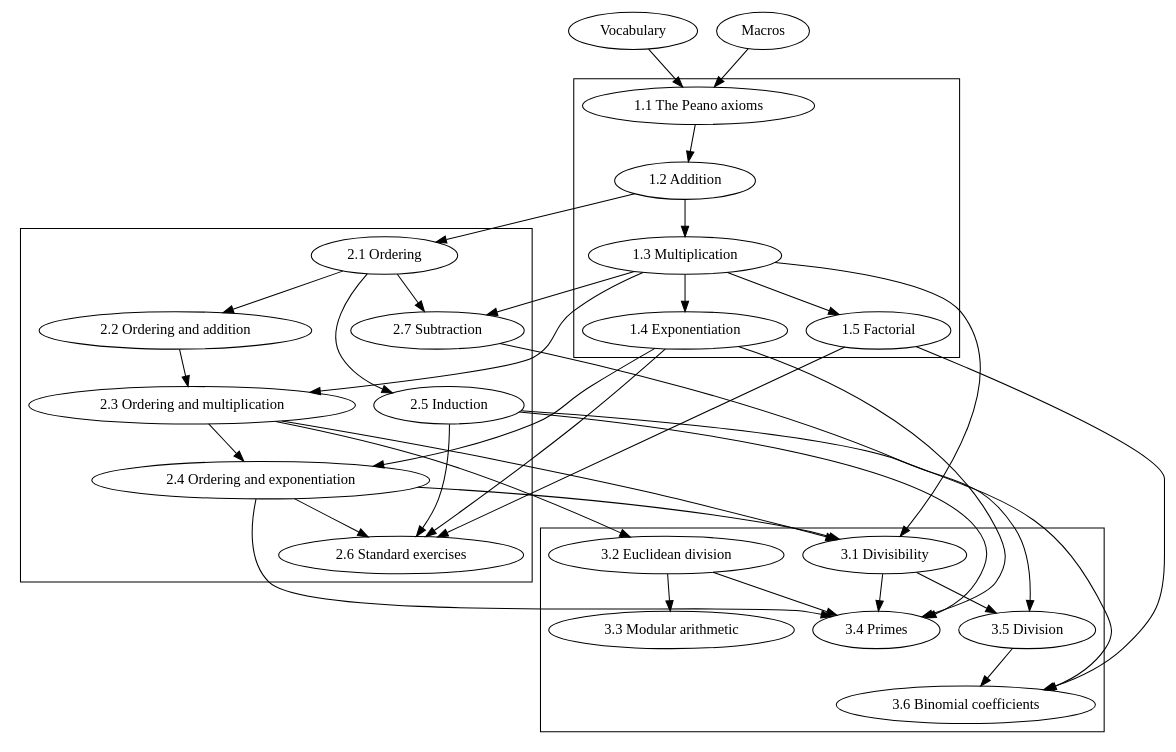
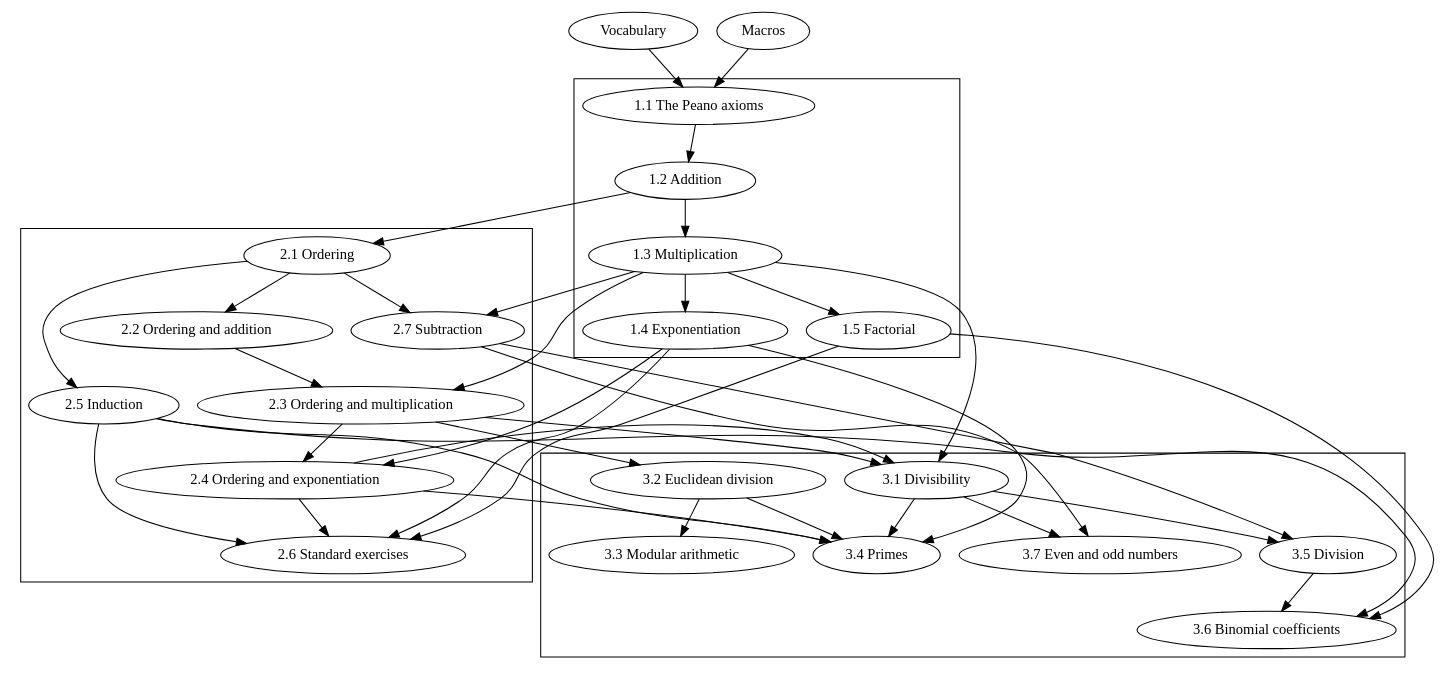
One commit to naproche/naproche changed the diagram in examples/arithmetic/dependency-graph/graph.dot. Above: the diagram before and after it, drawn with Graphviz. The commit also changed 5 other files, not shown here.

Commit message:
Add section about even and odd numbers in arithmetic library

```diff
--- a/examples/arithmetic/dependency-graph/graph.dot
+++ b/examples/arithmetic/dependency-graph/graph.dot
@@ -1,52 +1,54 @@
 digraph Sections {
   vocab [label = "Vocabulary"]
   macros [label = "Macros"]
 
   subgraph cluster_1 {
     arith_01 [label = "1.1 The Peano axioms"]
     arith_02 [label = "1.2 Addition"]
     arith_03 [label = "1.3 Multiplication"]
     arith_04 [label = "1.4 Exponentiation"]
     arith_05 [label = "1.5 Factorial"]
   }
 
   subgraph cluster_2 {
     ord_01 [label = "2.1 Ordering"]
     ord_02 [label = "2.2 Ordering and addition"]
     ord_03 [label = "2.3 Ordering and multiplication"]
     ord_04 [label = "2.4 Ordering and exponentiation"]
     ord_05 [label = "2.5 Induction"]
     ord_06 [label = "2.6 Standard exercises"]
     ord_07 [label = "2.7 Subtraction"]
   }
 
   subgraph cluster_3 {
     div_01 [label = "3.1 Divisibility"]
     div_02 [label = "3.2 Euclidean division"]
     div_03 [label = "3.3 Modular arithmetic"]
     div_04 [label = "3.4 Primes"]
     div_05 [label = "3.5 Division"]
     div_06 [label = "3.6 Binomial coefficients"]
+    div_07 [label = "3.7 Even and odd numbers"]
   }
 
   /* 1.1 */ vocab, macros                             -> arith_01
   /* 1.2 */ arith_01                                  -> arith_02
   /* 1.3 */ arith_02                                  -> arith_03
   /* 1.4 */ arith_03                                  -> arith_04
   /* 1.5 */ arith_03                                  -> arith_05
 
   /* 2.1 */ arith_02                                  -> ord_01
   /* 2.2 */ ord_01                                    -> ord_02
   /* 2.3 */ arith_03, ord_02                          -> ord_03
   /* 2.4 */ arith_04, ord_03                          -> ord_04
   /* 2.5 */ ord_01                                    -> ord_05
   /* 2.6 */ arith_04, arith_05, ord_04, ord_05        -> ord_06
   /* 2.7 */ arith_03, ord_01                          -> ord_07
 
   /* 3.1 */ arith_03, ord_03, ord_04                  -> div_01
   /* 3.2 */ ord_03                                    -> div_02
   /* 3.3 */ div_02                                    -> div_03
   /* 3.4 */ arith_04, ord_04, ord_05, div_01, div_02  -> div_04
   /* 3.5 */ ord_07, div_01                            -> div_05
   /* 3.6 */ arith_05, ord_05, div_05                  -> div_06
+  /* 3.7 */ ord_07, div_01                            -> div_07
 }
```
